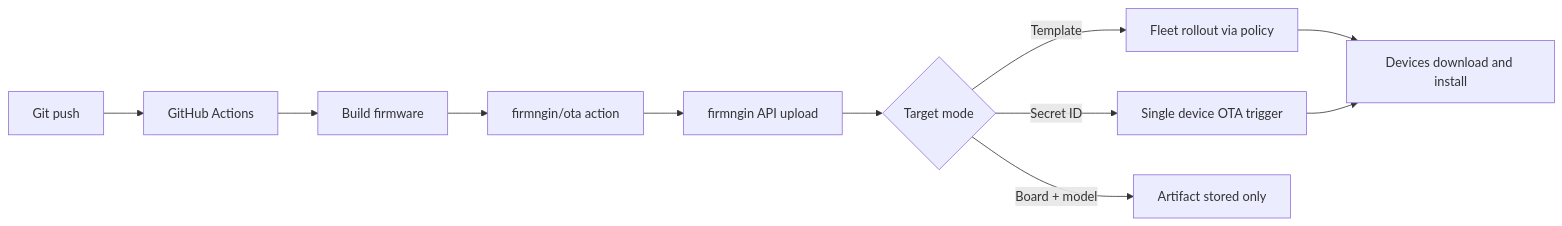
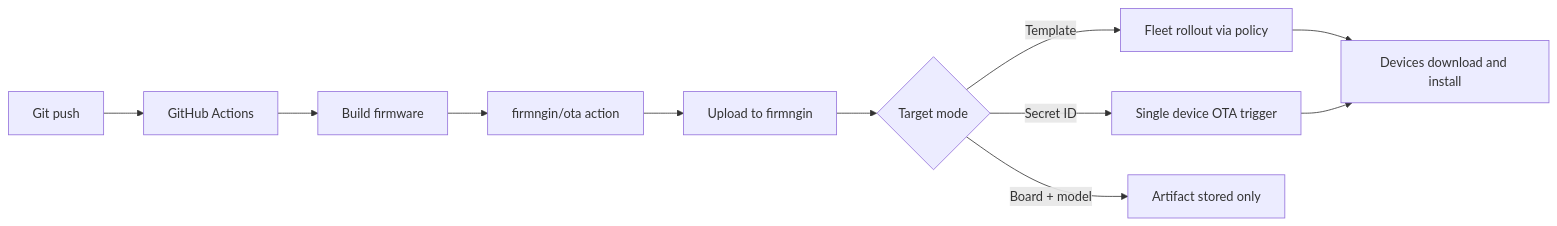
One commit to firmngin/docs changed the diagram in firmware-ci-cd.mdx. Above: the diagram before and after it, drawn with Mermaid. The commit also changed other lines of this file and 3 other files, not shown here.

````diff
--- a/firmware-ci-cd.mdx
+++ b/firmware-ci-cd.mdx
@@ -163,13 +163,13 @@
 ```mermaid
 flowchart LR
   A[Git push] --> B[GitHub Actions]
   B --> C[Build firmware]
   C --> D[firmngin/ota action]
-  D --> E[firmngin API upload]
+  D --> E[Upload to firmngin]
   E --> F{Target mode}
   F -->|Template| G[Fleet rollout via policy]
   F -->|Secret ID| H[Single device OTA trigger]
   F -->|Board + model| I[Artifact stored only]
   G --> J[Devices download and install]
   H --> J
 ```
````
